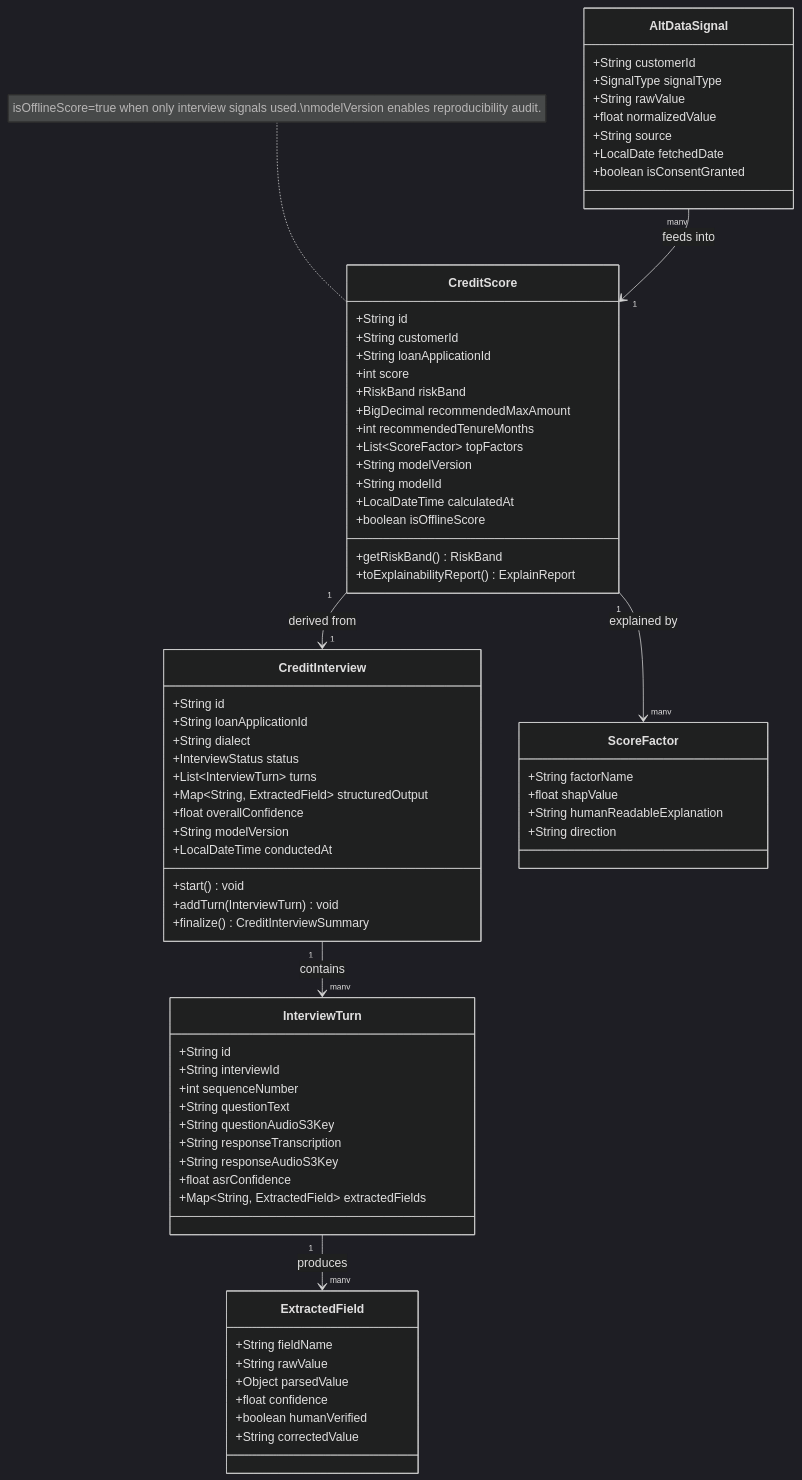
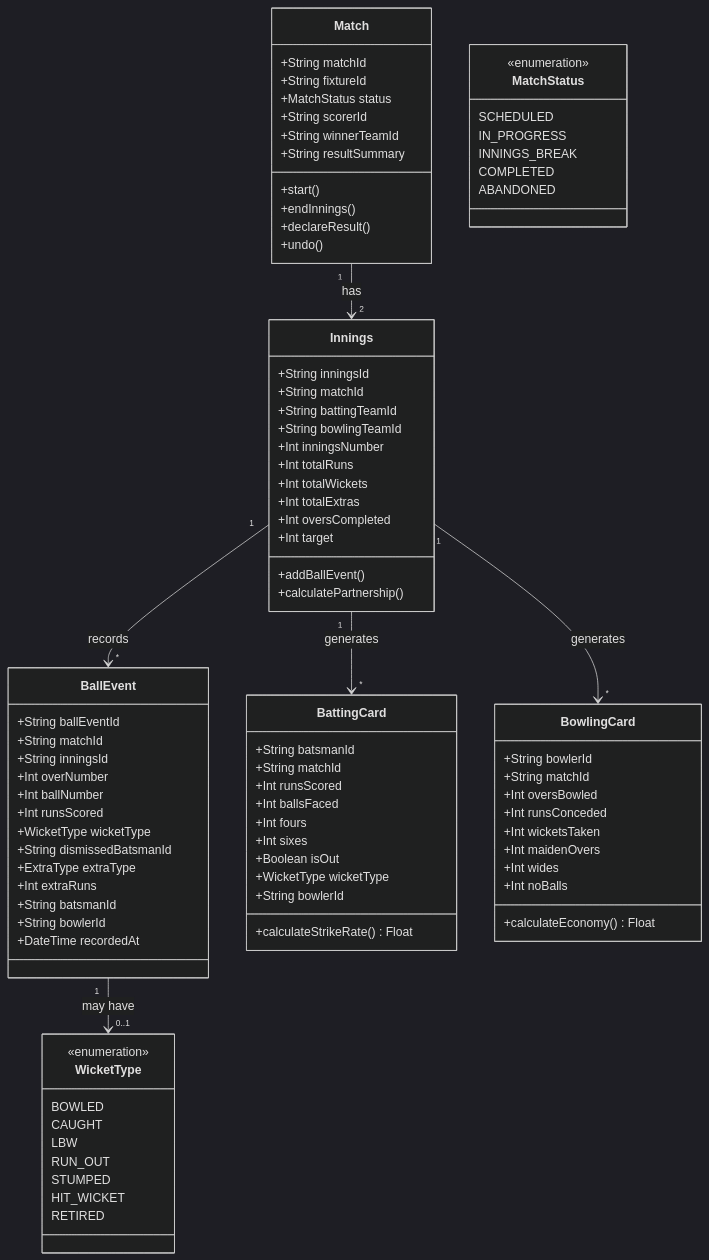
The third of 5 diagrams in CLASS_DIAGRAM.md (adityasinghz/kata), drawn with Mermaid (dark theme) before and after one commit. The commit also changed other lines of this file and 25 other files, not shown here.

````diff
--- a/CLASS_DIAGRAM.md
+++ b/CLASS_DIAGRAM.md
@@ -125,80 +179,97 @@
 ```mermaid
 classDiagram
-    class CreditInterview {
-        +String id
-        +String loanApplicationId
-        +String dialect
-        +InterviewStatus status
-        +List~InterviewTurn~ turns
-        +Map~String, ExtractedField~ structuredOutput
-        +float overallConfidence
-        +String modelVersion
-        +LocalDateTime conductedAt
-        +start() void
-        +addTurn(InterviewTurn) void
-        +finalize() CreditInterviewSummary
+    class Match {
+        +String matchId
+        +String fixtureId
+        +MatchStatus status
+        +String scorerId
+        +String winnerTeamId
+        +String resultSummary
+        +start()
+        +endInnings()
+        +declareResult()
+        +undo()
     }
 
-    class InterviewTurn {
-        +String id
-        +String interviewId
-        +int sequenceNumber
-        +String questionText
-        +String questionAudioS3Key
-        +String responseTranscription
-        +String responseAudioS3Key
-        +float asrConfidence
-        +Map~String, ExtractedField~ extractedFields
+    class MatchStatus {
+        <<enumeration>>
+        SCHEDULED
+        IN_PROGRESS
+        INNINGS_BREAK
+        COMPLETED
+        ABANDONED
     }
 
-    class ExtractedField {
-        +String fieldName
-        +String rawValue
-        +Object parsedValue
-        +float confidence
-        +boolean humanVerified
-        +String correctedValue
+    class Innings {
+        +String inningsId
+        +String matchId
+        +String battingTeamId
+        +String bowlingTeamId
+        +Int inningsNumber
+        +Int totalRuns
+        +Int totalWickets
+        +Int totalExtras
+        +Int oversCompleted
+        +Int target
+        +addBallEvent()
+        +calculatePartnership()
     }
 
-    class CreditScore {
-        +String id
-        +String customerId
-        +String loanApplicationId
-        +int score
-        +RiskBand riskBand
-        +BigDecimal recommendedMaxAmount
-        +int recommendedTenureMonths
-        +List~ScoreFactor~ topFactors
-        +String modelVersion
-        +String modelId
-        +LocalDateTime calculatedAt
-        +boolean isOfflineScore
-        +getRiskBand() RiskBand
-        +toExplainabilityReport() ExplainReport
+    class BallEvent {
+        +String ballEventId
+        +String matchId
+        +String inningsId
+        +Int overNumber
+        +Int ballNumber
+        +Int runsScored
+        +WicketType wicketType
+        +String dismissedBatsmanId
+        +ExtraType extraType
+        +Int extraRuns
+        +String batsmanId
+        +String bowlerId
+        +DateTime recordedAt
     }
 
-    class ScoreFactor {
-        +String factorName
-        +float shapValue
-        +String humanReadableExplanation
-        +String direction
+    class BattingCard {
+        +String batsmanId
+        +String matchId
+        +Int runsScored
+        +Int ballsFaced
+        +Int fours
+        +Int sixes
+        +Boolean isOut
+        +WicketType wicketType
+        +String bowlerId
+        +calculateStrikeRate() Float
     }
 
-    class AltDataSignal {
-        +String customerId
-        +SignalType signalType
-        +String rawValue
-        +float normalizedValue
-        +String source
-        +LocalDate fetchedDate
-        +boolean isConsentGranted
+    class BowlingCard {
+        +String bowlerId
+        +String matchId
+        +Int oversBowled
+        +Int runsConceded
+        +Int wicketsTaken
+        +Int maidenOvers
+        +Int wides
+        +Int noBalls
+        +calculateEconomy() Float
     }
 
-    CreditInterview "1" --> "many" InterviewTurn : contains
-    InterviewTurn "1" --> "many" ExtractedField : produces
-    CreditScore "1" --> "many" ScoreFactor : explained by
-    CreditScore "1" --> "1" CreditInterview : derived from
-    AltDataSignal "many" --> "1" CreditScore : feeds into
+    class WicketType {
+        <<enumeration>>
+        BOWLED
+        CAUGHT
+        LBW
+        RUN_OUT
+        STUMPED
+        HIT_WICKET
+        RETIRED
+    }
 
-    note for CreditScore "isOfflineScore=true when only interview signals used.\nmodelVersion enables reproducibility audit."
+    Match "1" --> "2" Innings : has
+    Innings "1" --> "*" BallEvent : records
+    Innings "1" --> "*" BattingCard : generates
+    Innings "1" --> "*" BowlingCard : generates
+    BallEvent "1" --> "0..1" WicketType : may have
 ```
````
